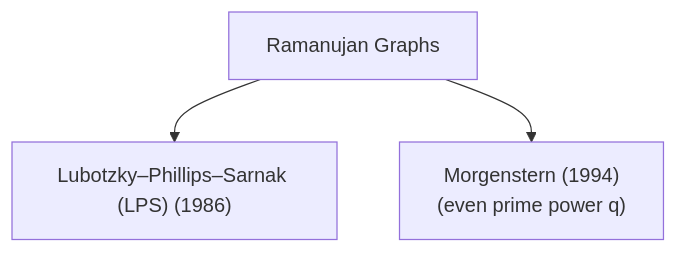
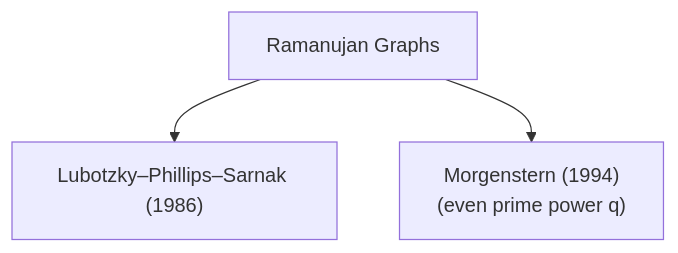
Before and after one commit to QuantumSavory/QuantumExpanders.jl: the second of 2 diagrams in README.md, drawn with Mermaid.

Commit message:
Fix typo in LPS reference in README

````diff
--- a/README.md
+++ b/README.md
@@ -61,6 +61,6 @@
 ```mermaid
 flowchart TB
     A["Ramanujan Graphs"]
-    A --> B["Lubotzky–Phillips–Sarnak (LPS) (1986)"]
+    A --> B["Lubotzky–Phillips–Sarnak (1986)"]
     A --> C["Morgenstern (1994)<br/>(even prime power q)"]
 ```
````
